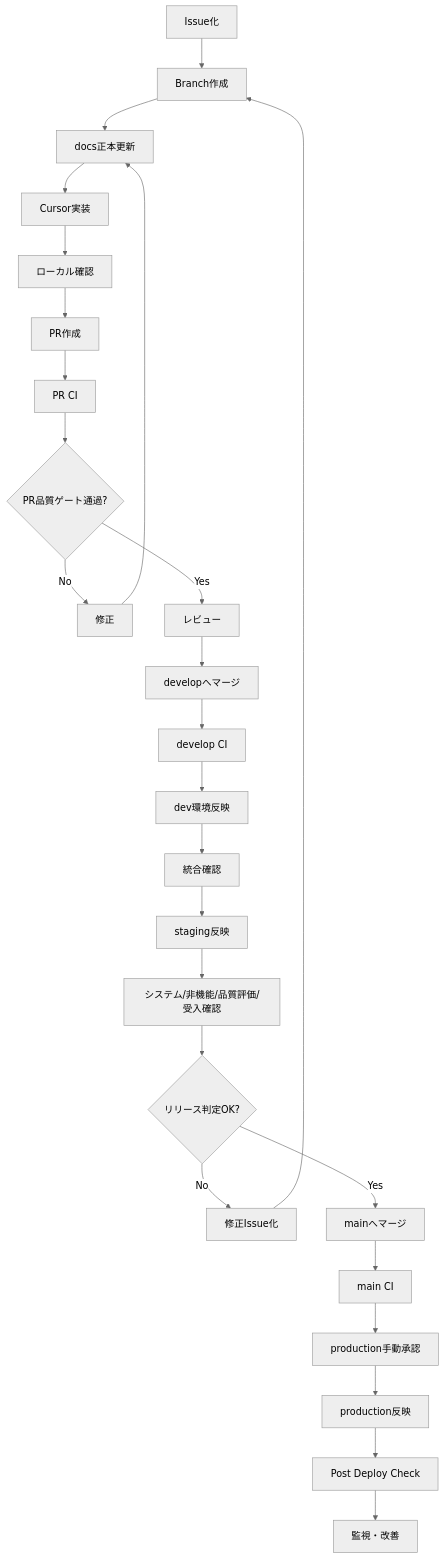
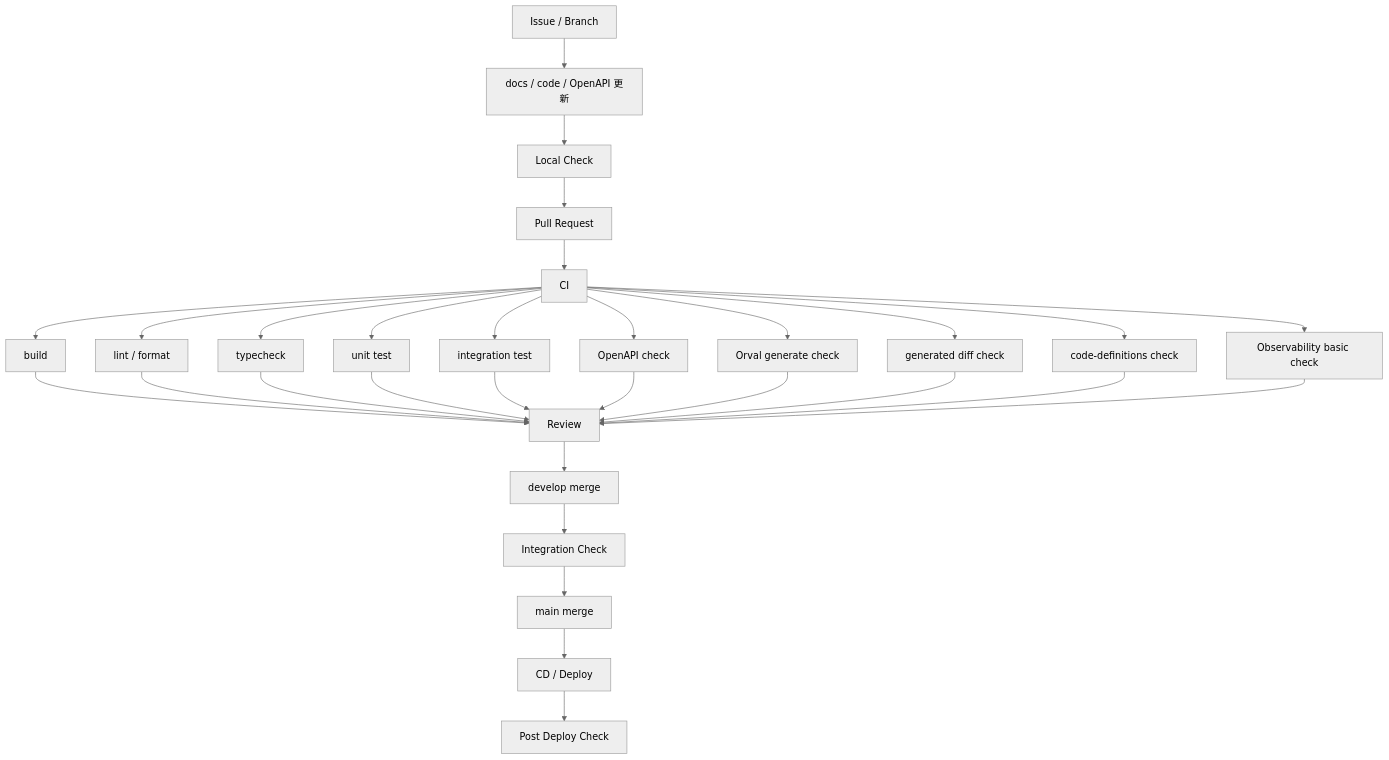
Before and after one commit to ryo-chan-k6/GiftRecommendAPP_MVP_CYCLE_3: the first of 3 diagrams in docs/05_アプリケーション設計/共通/CI・CD方針書.md, drawn with Mermaid (neutral theme). The commit also changed other lines of this file, not shown here.

````diff
--- a/docs/05_アプリケーション設計/共通/CI・CD方針書.md
+++ b/docs/05_アプリケーション設計/共通/CI・CD方針書.md
@@ -78,28 +83,35 @@
 ```mermaid
 flowchart TD
-    A[Issue化] --> B[Branch作成]
-    B --> C[docs正本更新]
-    C --> D[Cursor実装]
-    D --> E[ローカル確認]
-    E --> F[PR作成]
-    F --> G[PR CI]
-    G --> H{PR品質ゲート通過?}
-    H -- No --> I[修正]
-    I --> C
-    H -- Yes --> J[レビュー]
-    J --> K[developへマージ]
-    K --> L[develop CI]
-    L --> M[dev環境反映]
-    M --> N[統合確認]
-    N --> O[staging反映]
-    O --> P[システム/非機能/品質評価/受入確認]
-    P --> Q{リリース判定OK?}
-    Q -- No --> R[修正Issue化]
-    R --> B
-    Q -- Yes --> S[mainへマージ]
-    S --> T[main CI]
-    T --> U[production手動承認]
-    U --> V[production反映]
-    V --> W[Post Deploy Check]
-    W --> X[監視・改善]
+    A["Issue / Branch"] --> B["docs / code / OpenAPI 更新"]
+    B --> C["Local Check"]
+    C --> D["Pull Request"]
+    D --> E["CI"]
+
+    E --> E1["build"]
+    E --> E2["lint / format"]
+    E --> E3["typecheck"]
+    E --> E4["unit test"]
+    E --> E5["integration test"]
+    E --> E6["OpenAPI check"]
+    E --> E7["Orval generate check"]
+    E --> E8["generated diff check"]
+    E --> E9["code-definitions check"]
+    E --> E10["Observability basic check"]
+
+    E1 --> F["Review"]
+    E2 --> F
+    E3 --> F
+    E4 --> F
+    E5 --> F
+    E6 --> F
+    E7 --> F
+    E8 --> F
+    E9 --> F
+    E10 --> F
+
+    F --> G["develop merge"]
+    G --> H["Integration Check"]
+    H --> I["main merge"]
+    I --> J["CD / Deploy"]
+    J --> K["Post Deploy Check"]
 ```
````
